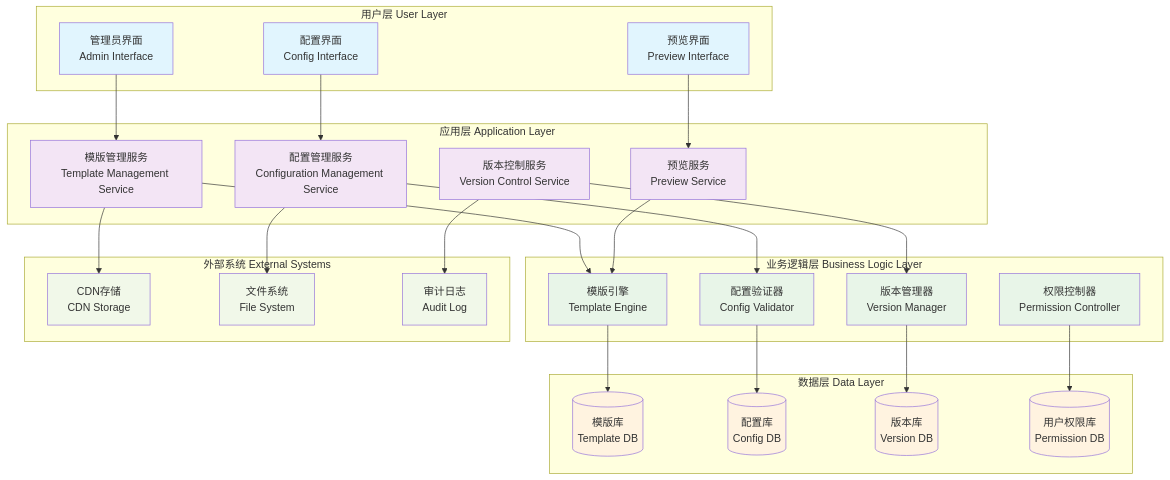
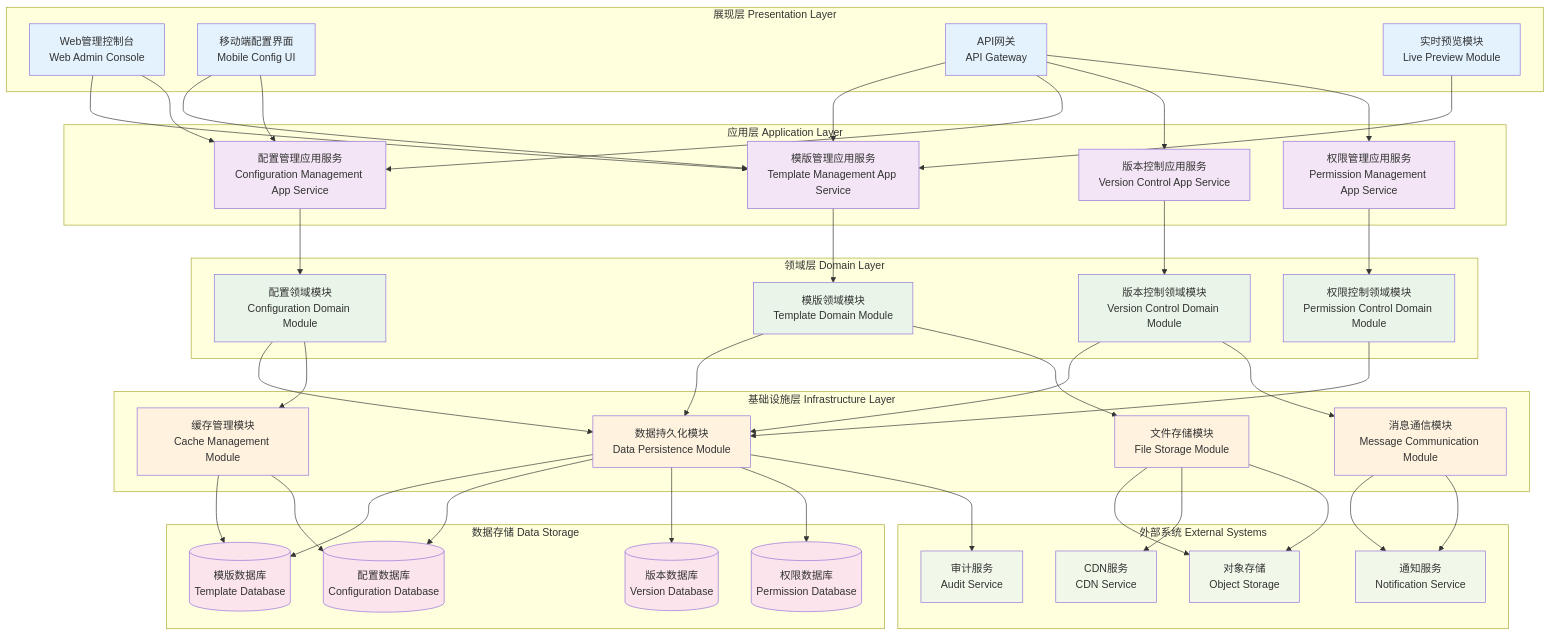
Before and after one commit to xsl625/-: the diagram in 24.2.1_template_config_architecture.md, drawn with Mermaid. The commit also changed other lines of this file and 3 other files, not shown here.

````diff
--- a/24.2.1_template_config_architecture.md
+++ b/24.2.1_template_config_architecture.md
@@ -8,72 +8,112 @@
 ```mermaid
 graph TB
-    subgraph "用户层 User Layer"
-        A[管理员界面<br/>Admin Interface]
-        B[配置界面<br/>Config Interface]
-        C[预览界面<br/>Preview Interface]
+    subgraph "展现层 Presentation Layer"
+        A[Web管理控制台<br/>Web Admin Console]
+        B[移动端配置界面<br/>Mobile Config UI]
+        C[API网关<br/>API Gateway]
+        D[实时预览模块<br/>Live Preview Module]
     end
     
     subgraph "应用层 Application Layer"
-        D[模版管理服务<br/>Template Management Service]
-        E[配置管理服务<br/>Configuration Management Service]
-        F[版本控制服务<br/>Version Control Service]
-        G[预览服务<br/>Preview Service]
+        E[模版管理应用服务<br/>Template Management App Service]
+        F[配置管理应用服务<br/>Configuration Management App Service]
+        G[版本控制应用服务<br/>Version Control App Service]
+        H[权限管理应用服务<br/>Permission Management App Service]
     end
     
-    subgraph "业务逻辑层 Business Logic Layer"
-        H[模版引擎<br/>Template Engine]
-        I[配置验证器<br/>Config Validator]
-        J[版本管理器<br/>Version Manager]
-        K[权限控制器<br/>Permission Controller]
+    subgraph "领域层 Domain Layer"
+        I[模版领域模块<br/>Template Domain Module]
+        J[配置领域模块<br/>Configuration Domain Module]
+        K[版本控制领域模块<br/>Version Control Domain Module]
+        L[权限控制领域模块<br/>Permission Control Domain Module]
     end
     
-    subgraph "数据层 Data Layer"
-        L[(模版库<br/>Template DB)]
-        M[(配置库<br/>Config DB)]
-        N[(版本库<br/>Version DB)]
-        O[(用户权限库<br/>Permission DB)]
+    subgraph "基础设施层 Infrastructure Layer"
+        M[数据持久化模块<br/>Data Persistence Module]
+        N[文件存储模块<br/>File Storage Module]
+        O[缓存管理模块<br/>Cache Management Module]
+        P[消息通信模块<br/>Message Communication Module]
+    end
+    
+    subgraph "数据存储 Data Storage"
+        Q[(模版数据库<br/>Template Database)]
+        R[(配置数据库<br/>Configuration Database)]
+        S[(版本数据库<br/>Version Database)]
+        T[(权限数据库<br/>Permission Database)]
     end
     
     subgraph "外部系统 External Systems"
-        P[CDN存储<br/>CDN Storage]
-        Q[文件系统<br/>File System]
-        R[审计日志<br/>Audit Log]
+        U[CDN服务<br/>CDN Service]
+        V[对象存储<br/>Object Storage]
+        W[审计服务<br/>Audit Service]
+        X[通知服务<br/>Notification Service]
     end
     
-    A --> D
+    %% 展现层到应用层
+    A --> E
+    A --> F
     B --> E
+    B --> F
+    C --> E
+    C --> F
     C --> G
+    C --> H
+    D --> E
     
-    D --> H
+    %% 应用层到领域层
     E --> I
-    G --> H
     F --> J
+    G --> K
+    H --> L
     
-    H --> L
+    %% 领域层到基础设施层
     I --> M
-    J --> N
-    K --> O
+    J --> M
+    K --> M
+    L --> M
+    I --> N
+    J --> O
+    K --> P
     
-    D --> P
-    E --> Q
-    F --> R
+    %% 基础设施层到数据存储
+    M --> Q
+    M --> R
+    M --> S
+    M --> T
+    N --> V
+    O --> Q
+    O --> R
+    P --> X
     
-    style A fill:#e1f5fe
-    style B fill:#e1f5fe
-    style C fill:#e1f5fe
-    style D fill:#f3e5f5
-    style E fill:#f3e5f5
-    style F fill:#f3e5f5
-    style G fill:#f3e5f5
-    style H fill:#e8f5e8
-    style I fill:#e8f5e8
-    style J fill:#e8f5e8
-    style K fill:#e8f5e8
-    style L fill:#fff3e0
-    style M fill:#fff3e0
-    style N fill:#fff3e0
-    style O fill:#fff3e0
-    style P fill:#f1f8e9
-    style Q fill:#f1f8e9
-    style R fill:#f1f8e9
+    %% 基础设施层到外部系统
+    N --> U
+    N --> V
+    M --> W
+    P --> X
+    
+    %% 样式定义
+    style A fill:#E3F2FD
+    style B fill:#E3F2FD
+    style C fill:#E3F2FD
+    style D fill:#E3F2FD
+    style E fill:#F3E5F5
+    style F fill:#F3E5F5
+    style G fill:#F3E5F5
+    style H fill:#F3E5F5
+    style I fill:#E8F5E8
+    style J fill:#E8F5E8
+    style K fill:#E8F5E8
+    style L fill:#E8F5E8
+    style M fill:#FFF3E0
+    style N fill:#FFF3E0
+    style O fill:#FFF3E0
+    style P fill:#FFF3E0
+    style Q fill:#FCE4EC
+    style R fill:#FCE4EC
+    style S fill:#FCE4EC
+    style T fill:#FCE4EC
+    style U fill:#F1F8E9
+    style V fill:#F1F8E9
+    style W fill:#F1F8E9
+    style X fill:#F1F8E9
 ```
````
